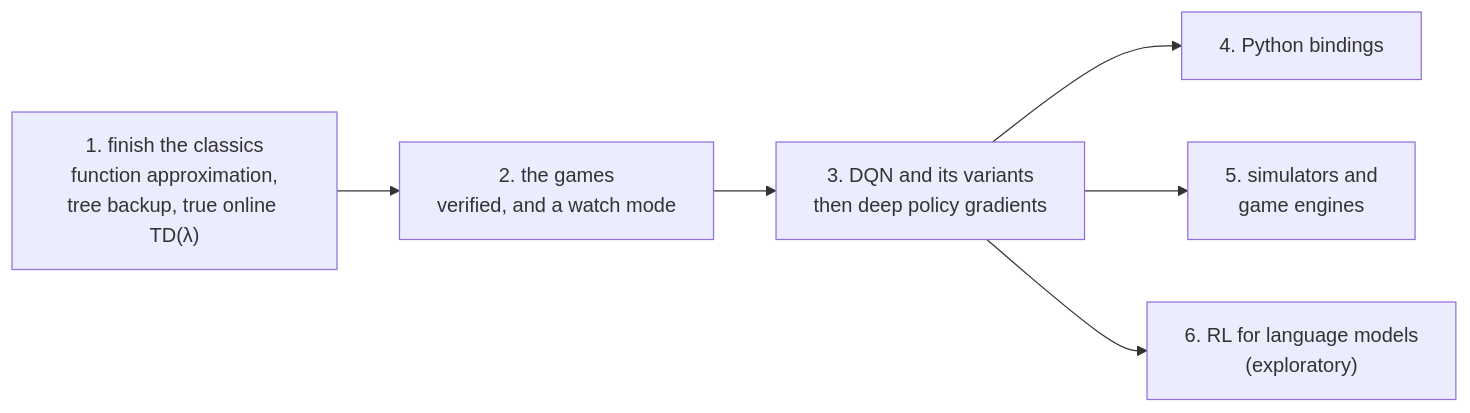
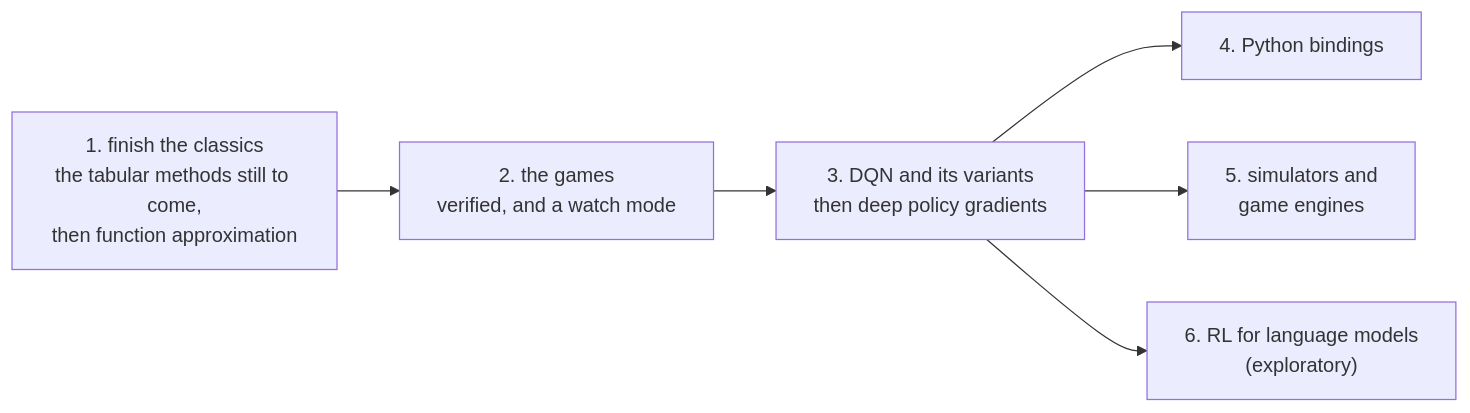
The diagram in docs/ROADMAP.md (alexge233/relearn), drawn with Mermaid before and after one commit. The commit also changed other lines of this file, not shown here.

First line of the commit message:
Roadmap: the full list of tabular methods still to come

````diff
--- a/docs/ROADMAP.md
+++ b/docs/ROADMAP.md
@@ -11,13 +12,13 @@
 ```mermaid
 flowchart LR
-    classic["1. finish the classics<br/>function approximation,<br/>tree backup, true online TD(λ)"]
+    classic["1. finish the classics<br/>the tabular methods still to come,<br/>then function approximation"]
     games["2. the games<br/>verified, and a watch mode"]
     deep["3. DQN and its variants<br/>then deep policy gradients"]
     python["4. Python bindings"]
     sims["5. simulators and<br/>game engines"]
     llm["6. RL for language models<br/>(exploratory)"]
     classic --> games --> deep
     deep --> python
     deep --> sims
     deep --> llm
 ```
````
